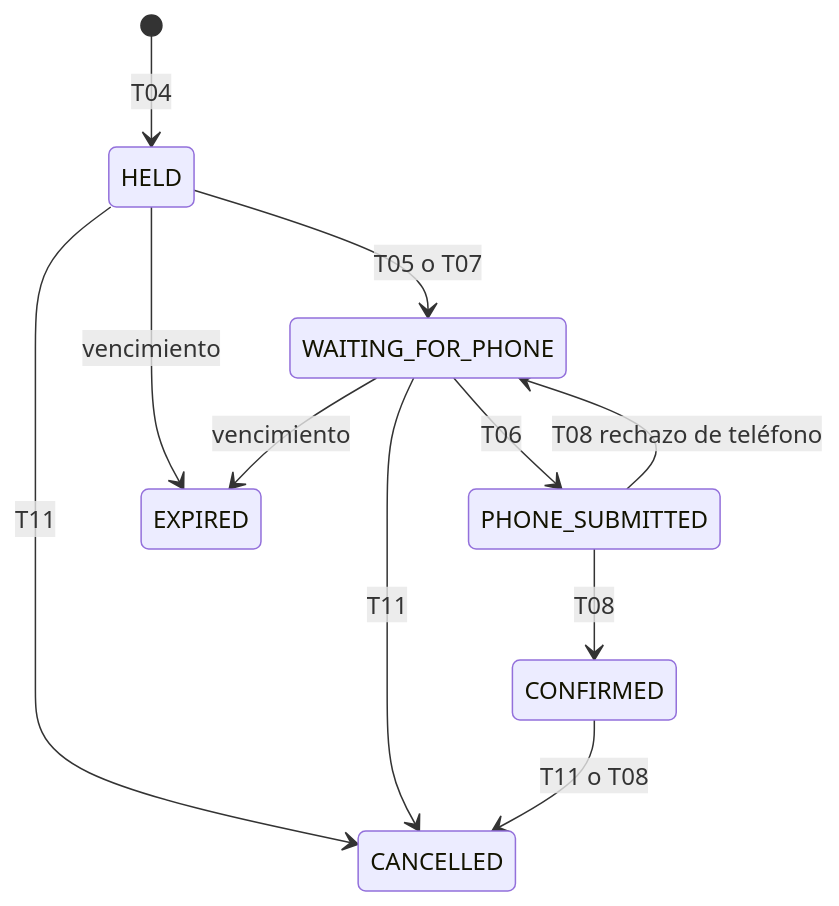
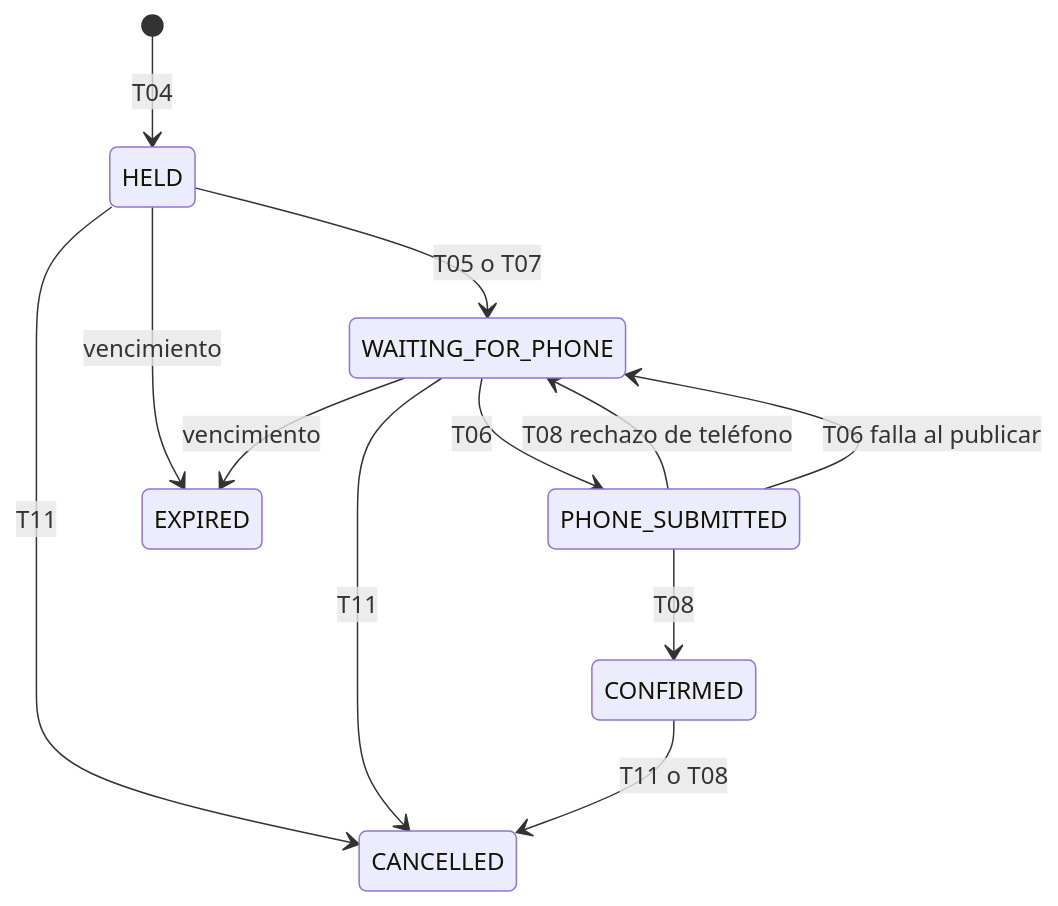
One commit to Programacion2-IgnacioMilutin-2026/turnos_service changed the second of 3 diagrams in docs/turnos_y_reservas_dominio.md. Above: the diagram before and after it, drawn with Mermaid. The commit also changed other lines of this file and 9 other files, not shown here.

````diff
--- a/docs/turnos_y_reservas_dominio.md
+++ b/docs/turnos_y_reservas_dominio.md
@@ -67,13 +67,14 @@
 ```mermaid
 stateDiagram-v2
     [*] --> HELD : T04
     HELD --> WAITING_FOR_PHONE : T05 o T07
     WAITING_FOR_PHONE --> PHONE_SUBMITTED : T06
     PHONE_SUBMITTED --> CONFIRMED : T08
     PHONE_SUBMITTED --> WAITING_FOR_PHONE : T08 rechazo de teléfono
+    PHONE_SUBMITTED --> WAITING_FOR_PHONE : T06 falla al publicar
     HELD --> CANCELLED : T11
     WAITING_FOR_PHONE --> CANCELLED : T11
     CONFIRMED --> CANCELLED : T11 o T08
     HELD --> EXPIRED : vencimiento
     WAITING_FOR_PHONE --> EXPIRED : vencimiento
 ```
````
